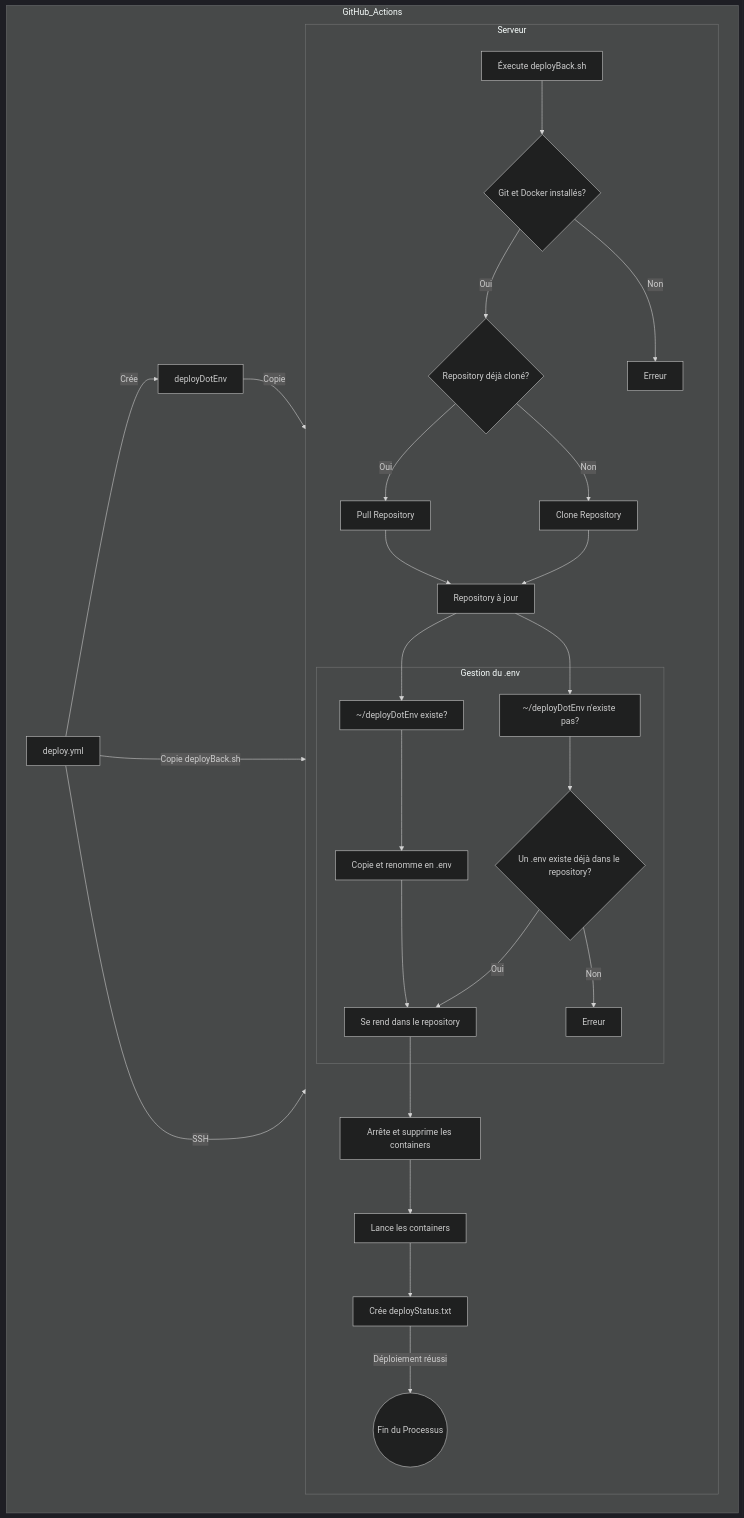
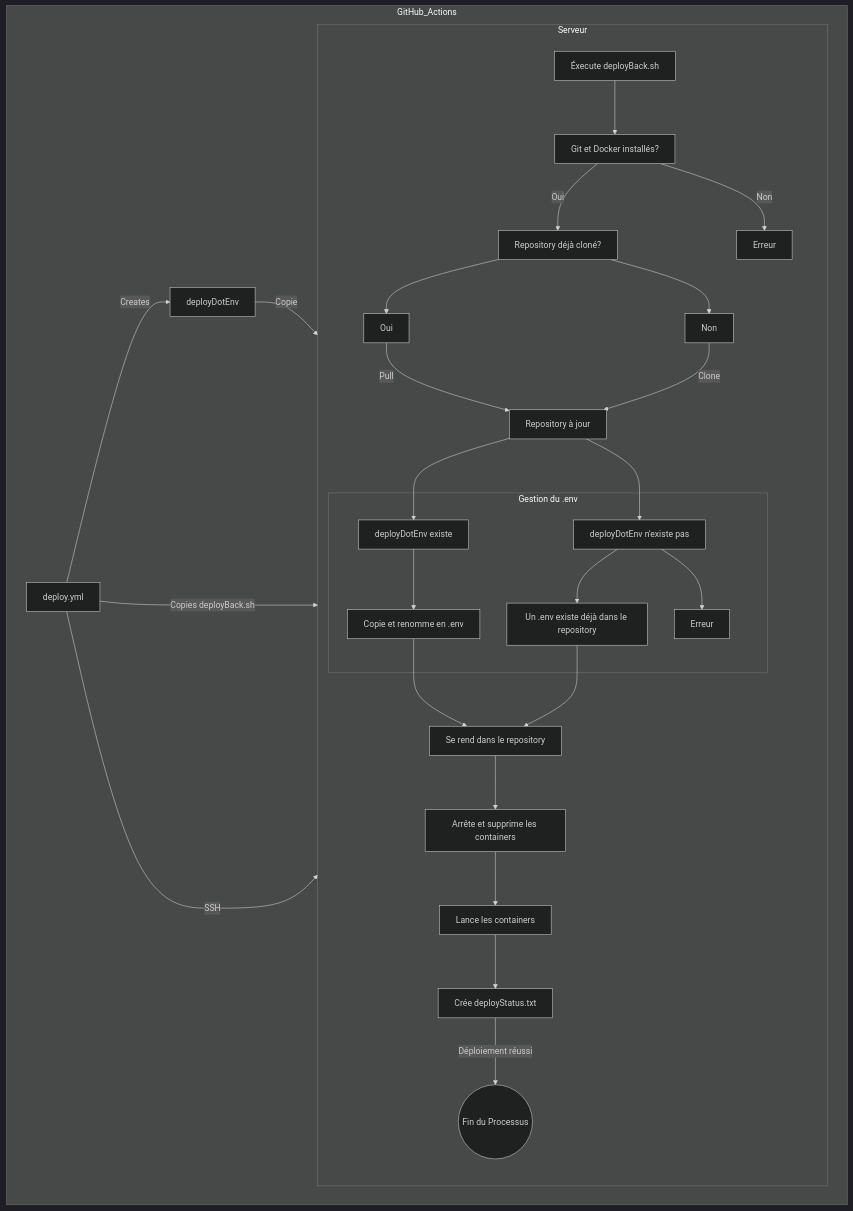
Before and after one commit to Kenan-Blasius/doc-constellation-backend: the diagram in docs/deployment/github_actions.md, drawn with Mermaid (dark theme).

Commit message:
Automated push: 2025-02-23 15:10:16 modification to doc website

````diff
--- a/docs/deployment/github_actions.md
+++ b/docs/deployment/github_actions.md
@@ -61,35 +61,34 @@
 ```mermaid
 graph TD;
    subgraph Serveur
    direction TB
-      A[Éxecute deployBack.sh] --> B{Git et Docker installés?};
-      B -- Oui --> C{Repository déjà cloné?};
-      B -- Non --> P[Erreur];
-      C -- Oui --> D[Pull Repository];
-      C -- Non --> E[Clone Repository];
-      D --> F[Repository à jour];
-      E --> F;
-      F --> G[~/deployDotEnv existe?];
-      F --> H[~/deployDotEnv n'existe pas?];
+      A[Éxecute deployBack.sh] --> B[Git et Docker installés?];
+      B -->|Oui| C[Repository déjà cloné?];
+      B -->|Non| P[Erreur];
+      C --> D[Oui];
+      C --> E[Non];
+      D -->|Pull| F;
+      E -->|Clone| F[Repository à jour];
+      F --> G[deployDotEnv existe];
+      F --> H[deployDotEnv n'existe pas];
 
-      subgraph "Gestion du .env"
+      subgraph Gestion du .env
          G --> I[Copie et renomme en .env];
-         H --> J{Un .env existe déjà dans le repository?};
-         J -- Oui --> L[Se rend dans le repository];
-         J -- Non --> K[Erreur];
+         H --> J[Un .env existe déjà dans le repository];
+         H --> K[Erreur];
       end
 
+      J --> L[Se rend dans le repository];
       I --> L;
       L --> M[Arrête et supprime les containers];
       M --> N[Lance les containers];
       N --> O[Crée deployStatus.txt];
-      O -- Déploiement réussi --> Success((Fin du Processus));
+      O -->|Déploiement réussi | Success((Fin du Processus));
    end
-
    subgraph GitHub_Actions
-      deploy.yml -- Crée --> deployDotEnv;
-      deployDotEnv -- Copie --> Serveur;
-      deploy.yml -- Copie deployBack.sh --> Serveur;
-      deploy.yml -- SSH --> Serveur;
+      deploy.yml -->|Creates| deployDotEnv;
+      deployDotEnv -->|Copie| Serveur;
+      deploy.yml -->|Copies deployBack.sh| Serveur;
+      deploy.yml -->|SSH| Serveur;
    end
 ```
````
